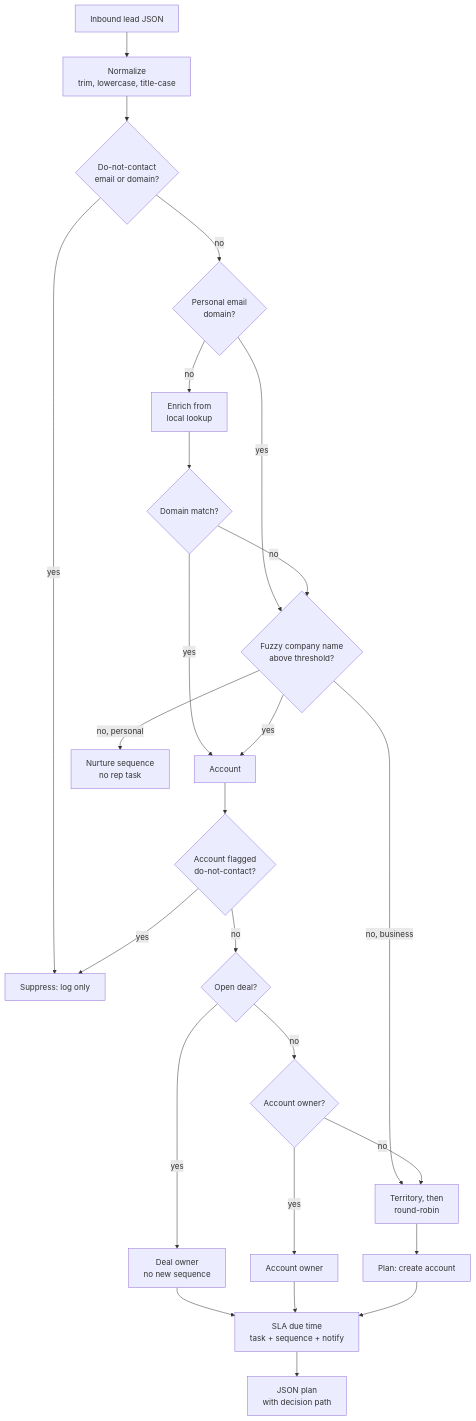
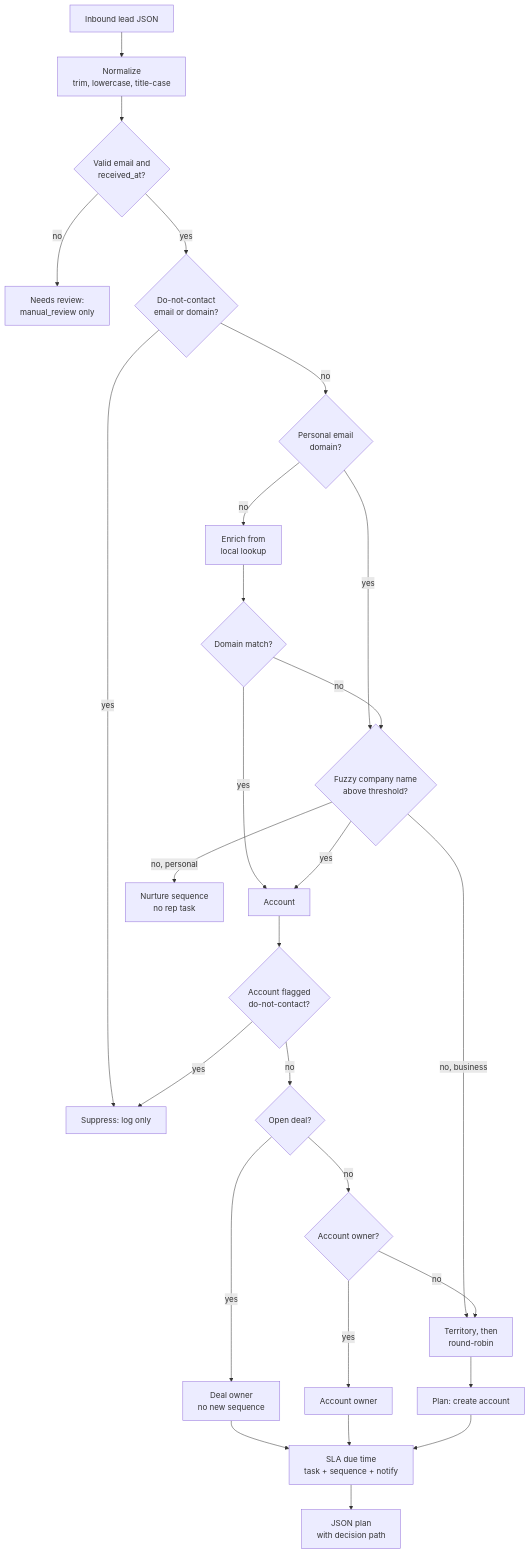
One commit to erickNjuki/Prospect-dispatcher changed the diagram in README.md. Above: the diagram before and after it, drawn with Mermaid.

Commit message:
flowchart - review

````diff
--- a/README.md
+++ b/README.md
@@ -17,23 +17,25 @@
 ```mermaid
 flowchart TD
     L[Inbound lead JSON] --> N[Normalize<br/>trim, lowercase, title-case]
-    N --> D{Do-not-contact<br/>email or domain?}
+    N --> V{Valid email and<br/>received_at?}
+    V -- no --> R[Needs review:<br/>manual_review only]
+    V -- yes --> D{Do-not-contact<br/>email or domain?}
     D -- yes --> S[Suppress: log only]
     D -- no --> P{Personal email<br/>domain?}
     P -- no --> E[Enrich from<br/>local lookup] --> M1{Domain match?}
     P -- yes --> M2
     M1 -- no --> M2{Fuzzy company name<br/>above threshold?}
     M1 -- yes --> A[Account]
     M2 -- yes --> A
     M2 -- "no, personal" --> NU[Nurture sequence<br/>no rep task]
     M2 -- "no, business" --> T[Territory, then<br/>round-robin] --> NEW[Plan: create account]
     A --> AD{Account flagged<br/>do-not-contact?}
     AD -- yes --> S
     AD -- no --> OD{Open deal?}
     OD -- yes --> DO[Deal owner<br/>no new sequence]
     OD -- no --> AO{Account owner?}
     AO -- yes --> OW[Account owner]
     AO -- no --> T
     DO & OW & NEW --> PL[SLA due time<br/>task + sequence + notify]
     PL --> J[JSON plan<br/>with decision path]
 ```
````
